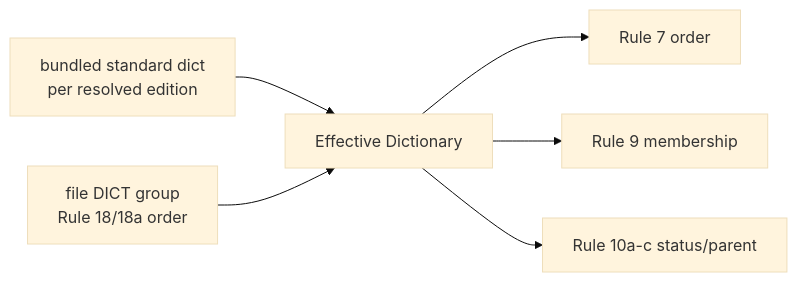
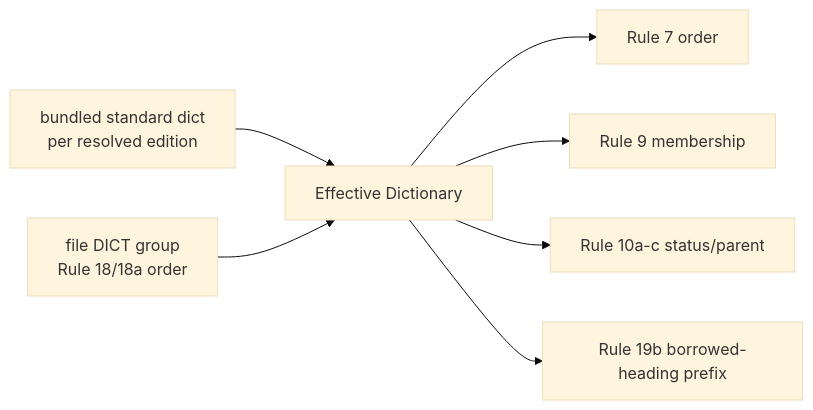
Before and after one commit to niko86/laterite: the diagram in ags-wiki/concepts/effective-dictionary.md, drawn with Mermaid (base theme). The commit also changed other lines of this file and 2 other files, not shown here.

First line of the commit message:
docs: Rule 19b does consult the effective dictionary — the other half of it does (#746)

````diff
--- a/ags-wiki/concepts/effective-dictionary.md
+++ b/ags-wiki/concepts/effective-dictionary.md
@@ -23,8 +29,9 @@
 ```mermaid
 flowchart LR
   STD[bundled standard dict<br/>per resolved edition] --> EFF[Effective Dictionary]
   DICTG[file DICT group<br/>Rule 18/18a order] --> EFF
   EFF --> R7[Rule 7 order]
   EFF --> R9[Rule 9 membership]
   EFF --> R10[Rule 10a-c status/parent]
+  EFF --> R19B[Rule 19b borrowed-heading prefix]
 ```
````
